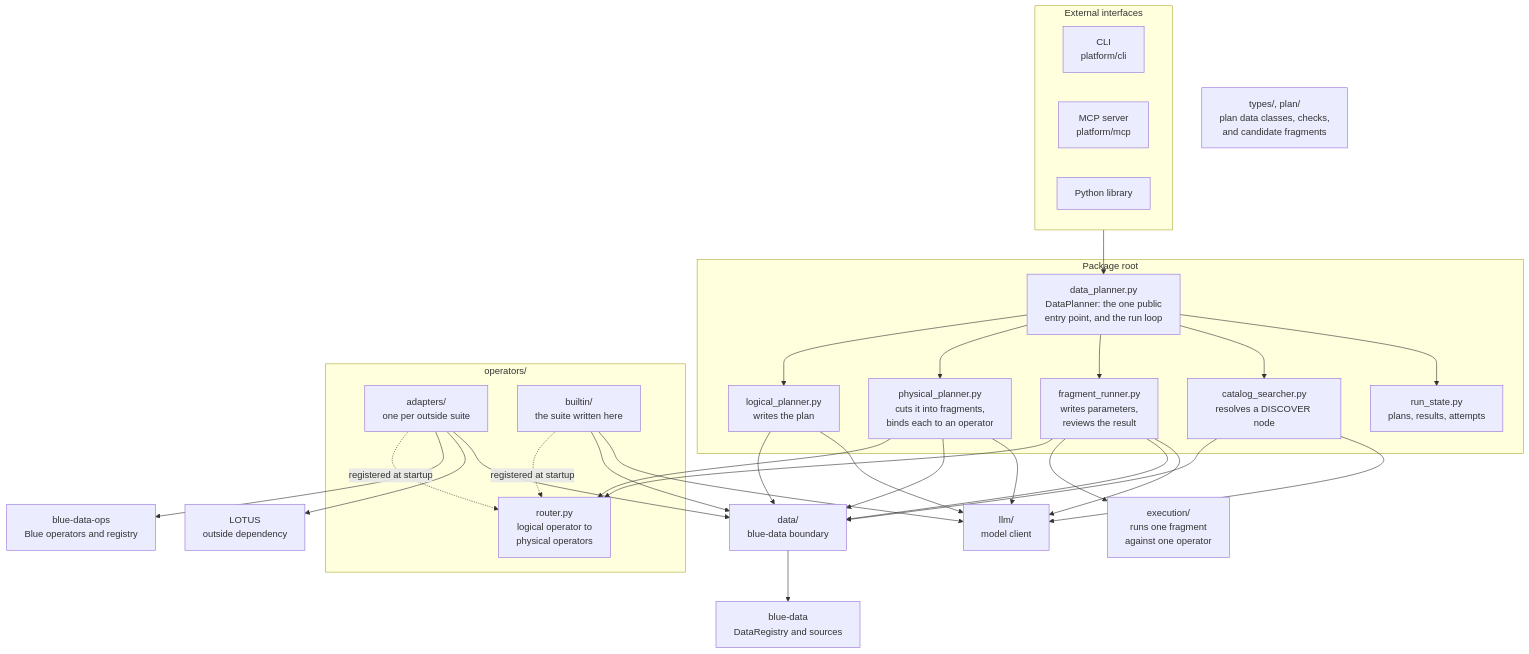
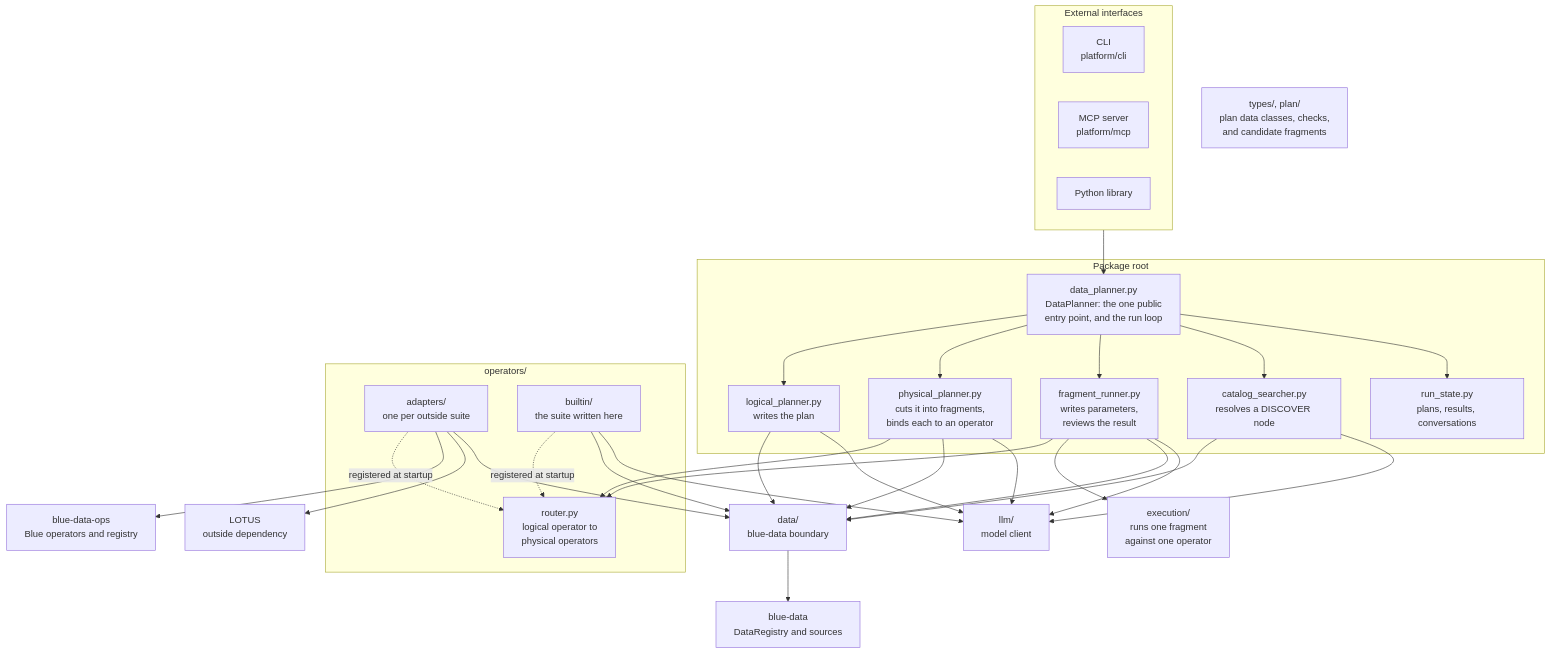
One commit to megagonlabs/blue-data-planner changed the diagram in design/03-high-level-architecture.md. Above: the diagram before and after it, drawn with Mermaid. The commit also changed other lines of this file and 11 other files, not shown here.

````diff
--- a/design/03-high-level-architecture.md
+++ b/design/03-high-level-architecture.md
@@ -15,59 +15,59 @@
 ```mermaid
 flowchart TB
     subgraph interfaces ["External interfaces"]
         CLI["CLI<br/>platform/cli"]
         MCP["MCP server<br/>platform/mcp"]
         LIB["Python library"]
     end
 
     subgraph rootbox ["Package root"]
         ENTRY["data_planner.py<br/>DataPlanner: the one public<br/>entry point, and the run loop"]
         LOGICAL["logical_planner.py<br/>writes the plan"]
         PHYSICAL["physical_planner.py<br/>cuts it into fragments,<br/>binds each to an operator"]
         RUNNER["fragment_runner.py<br/>writes parameters,<br/>reviews the result"]
         SEARCH["catalog_searcher.py<br/>resolves a DISCOVER node"]
-        STATE["run_state.py<br/>plans, results, attempts"]
+        STATE["run_state.py<br/>plans, results, conversations"]
     end
 
     EXEC["execution/<br/>runs one fragment<br/>against one operator"]
 
     SHARED["types/, plan/<br/>plan data classes, checks,<br/>and candidate fragments"]
 
     subgraph opsbox ["operators/"]
         ROUTER["router.py<br/>logical operator to<br/>physical operators"]
         ADAPT["adapters/<br/>one per outside suite"]
         BUILTIN["builtin/<br/>the suite written here"]
     end
 
     OPS["blue-data-ops<br/>Blue operators and registry"]
     LOTUS["LOTUS<br/>outside dependency"]
     DATA["data/<br/>blue-data boundary"]
     LLM["llm/<br/>model client"]
     BD["blue-data<br/>DataRegistry and sources"]
 
     interfaces --> ENTRY
     ENTRY --> LOGICAL
     ENTRY --> PHYSICAL
     ENTRY --> RUNNER
     ENTRY --> SEARCH
     ENTRY --> STATE
     PHYSICAL --> ROUTER
     RUNNER --> ROUTER
     RUNNER --> EXEC
     ADAPT -.->|"registered at startup"| ROUTER
     BUILTIN -.->|"registered at startup"| ROUTER
     ADAPT --> OPS
     ADAPT --> LOTUS
     ADAPT --> DATA
     BUILTIN --> DATA
     BUILTIN --> LLM
     LOGICAL --> DATA
     PHYSICAL --> DATA
     RUNNER --> DATA
     SEARCH --> DATA
     LOGICAL --> LLM
     PHYSICAL --> LLM
     RUNNER --> LLM
     SEARCH --> LLM
     DATA --> BD
 ```
````
